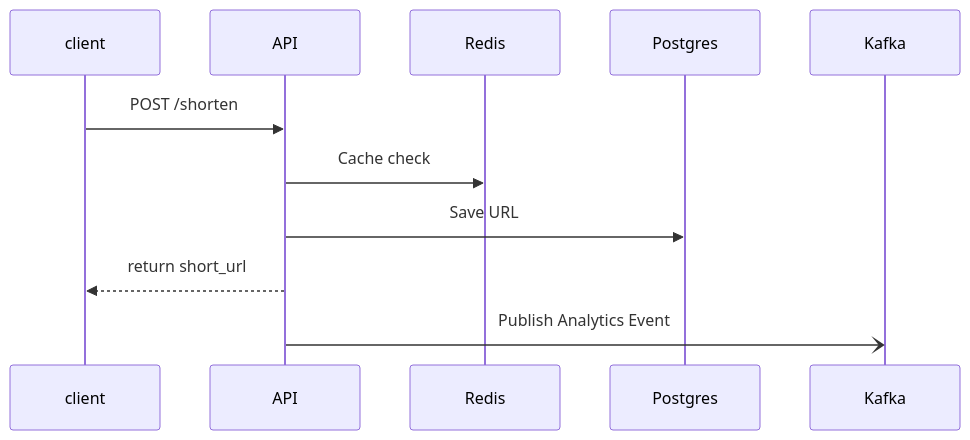
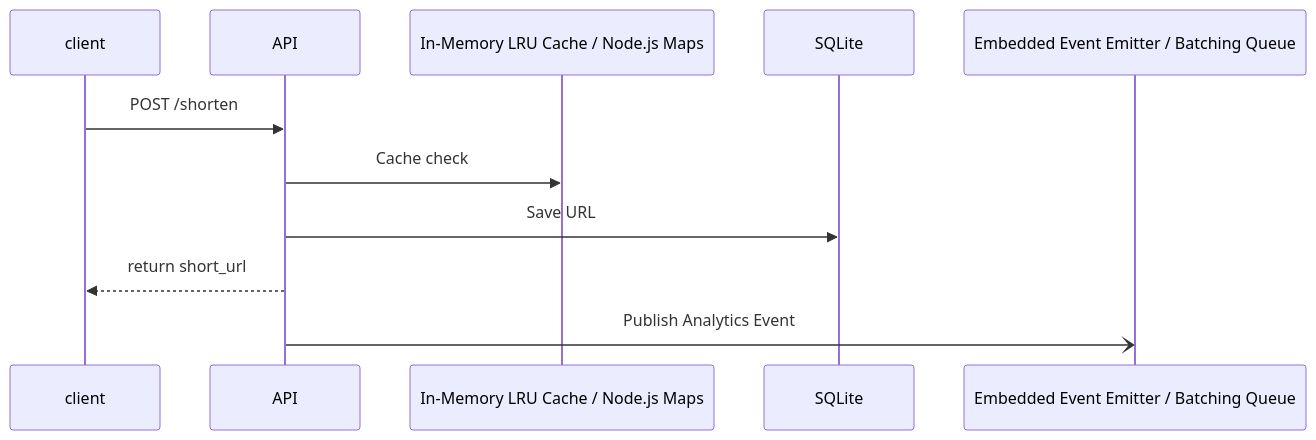
One commit to SumitDalavi/url-shortener-analytics changed the diagram in docs/architecture.md. Above: the diagram before and after it, drawn with Mermaid. The commit also changed other lines of this file and 6 other files, not shown here.

Commit message:
docs: update architecture and READMEs to reflect independent embedded microservices

````diff
--- a/docs/architecture.md
+++ b/docs/architecture.md
@@ -6,8 +6,8 @@
 ```mermaid
 sequenceDiagram
     client->>API: POST /shorten
-API->>Redis: Cache check
-API->>Postgres: Save URL
+API->>In-Memory LRU Cache / Node.js Maps: Cache check
+API->>SQLite: Save URL
 API-->>client: return short_url
-API-)Kafka: Publish Analytics Event
+API-)Embedded Event Emitter / Batching Queue: Publish Analytics Event
 ```
````
